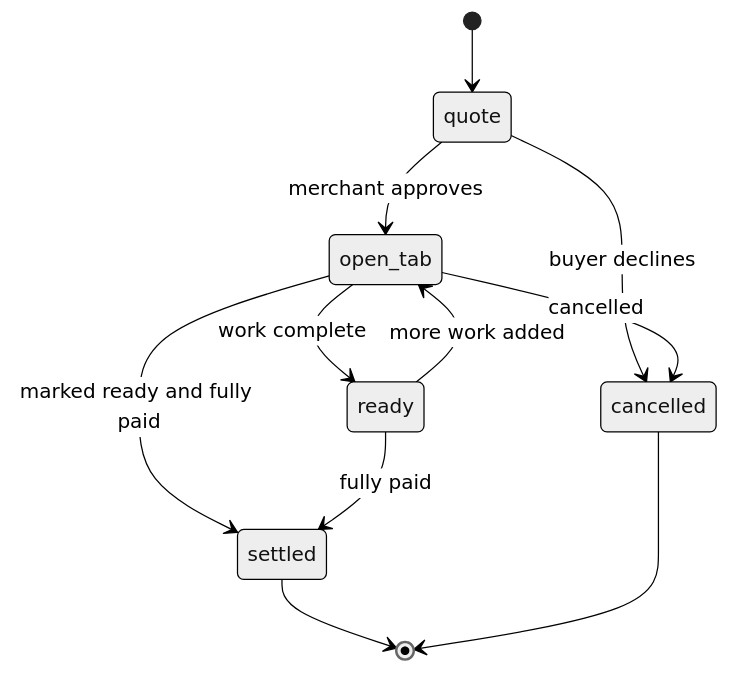
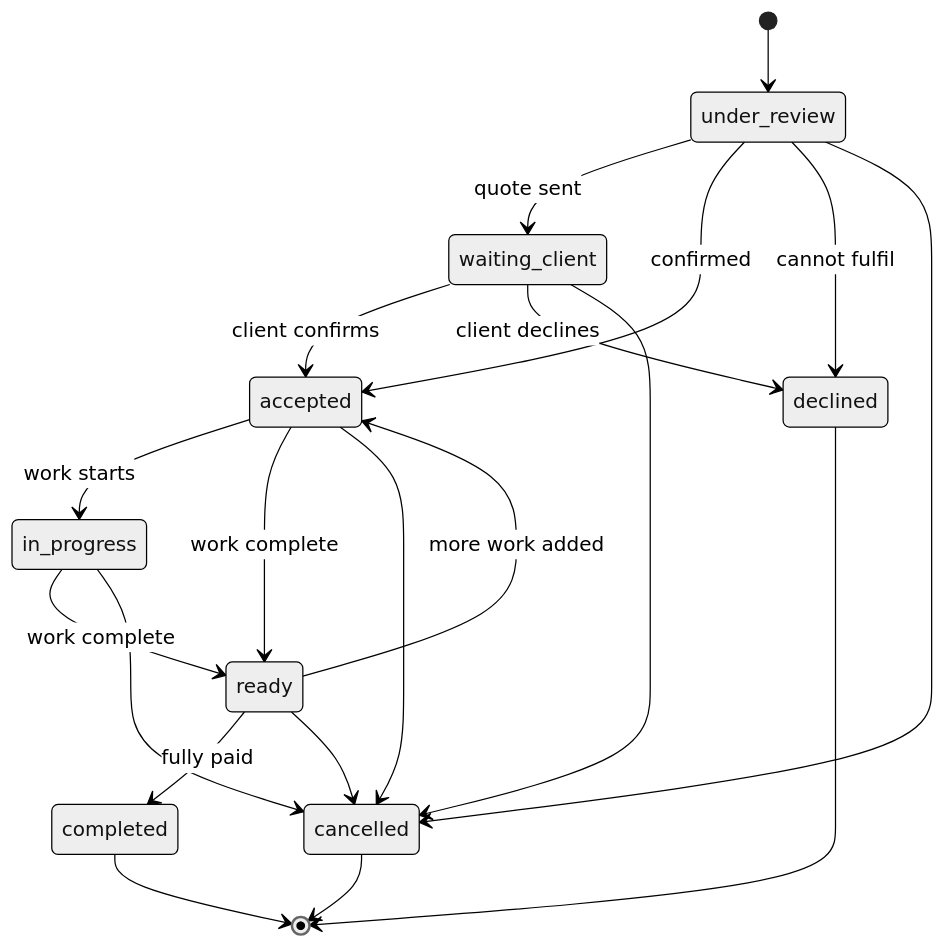
One commit to piyush-sawhney/startlite changed the second of 3 diagrams in docs/data-model.md. Above: the diagram before and after it, drawn with Mermaid (neutral theme). The commit also changed other lines of this file and 39 other files, not shown here.

````diff
--- a/docs/data-model.md
+++ b/docs/data-model.md
@@ -498,13 +500,22 @@
 ```mermaid
 stateDiagram-v2
-    [*] --> quote
-    quote --> open_tab : merchant approves
-    quote --> cancelled : buyer declines
-    open_tab --> ready : work complete
-    open_tab --> settled : marked ready and fully paid
-    open_tab --> cancelled : cancelled
-    ready --> settled : fully paid
-    ready --> open_tab : more work added
-    settled --> [*]
+    [*] --> under_review
+    under_review --> waiting_client : quote sent
+    under_review --> accepted : confirmed
+    under_review --> declined : cannot fulfil
+    waiting_client --> accepted : client confirms
+    waiting_client --> declined : client declines
+    accepted --> in_progress : work starts
+    accepted --> ready : work complete
+    in_progress --> ready : work complete
+    ready --> completed : fully paid
+    ready --> accepted : more work added
+    under_review --> cancelled
+    waiting_client --> cancelled
+    accepted --> cancelled
+    in_progress --> cancelled
+    ready --> cancelled
+    completed --> [*]
+    declined --> [*]
     cancelled --> [*]
 ```
````
